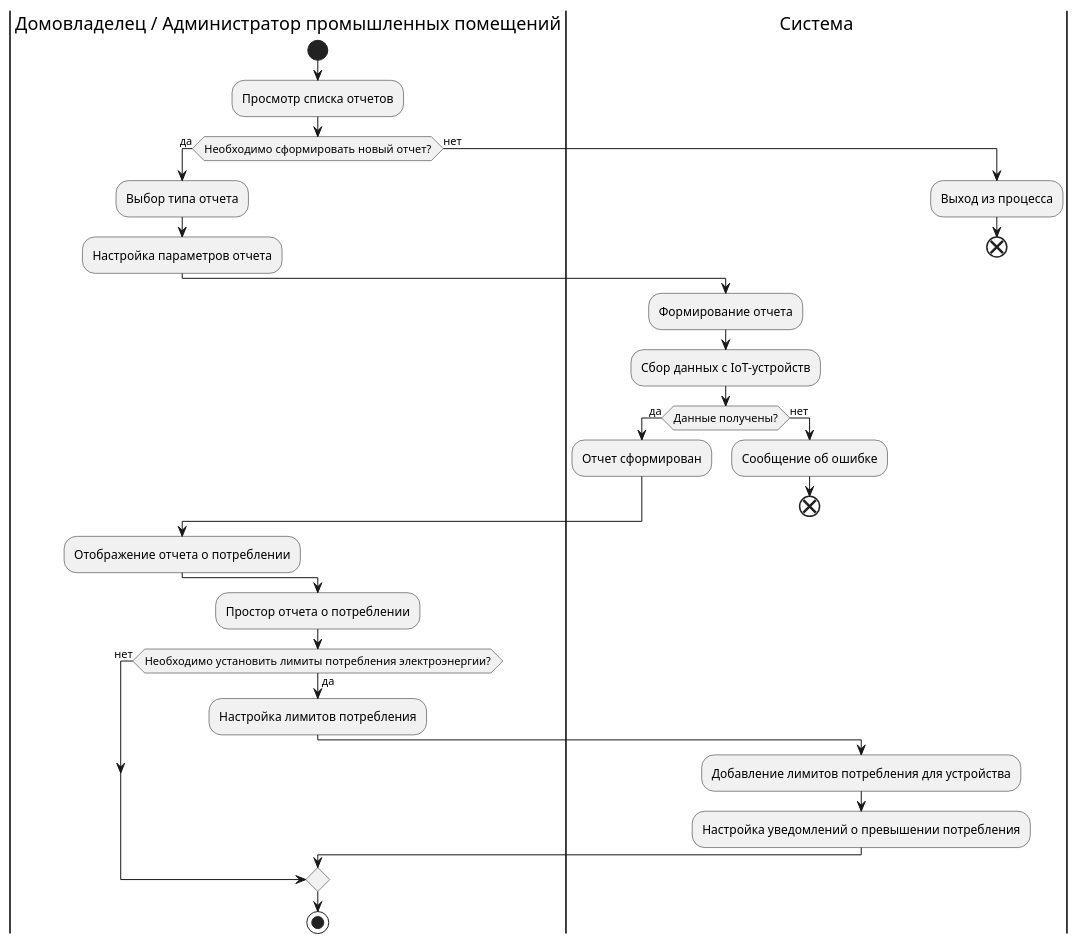
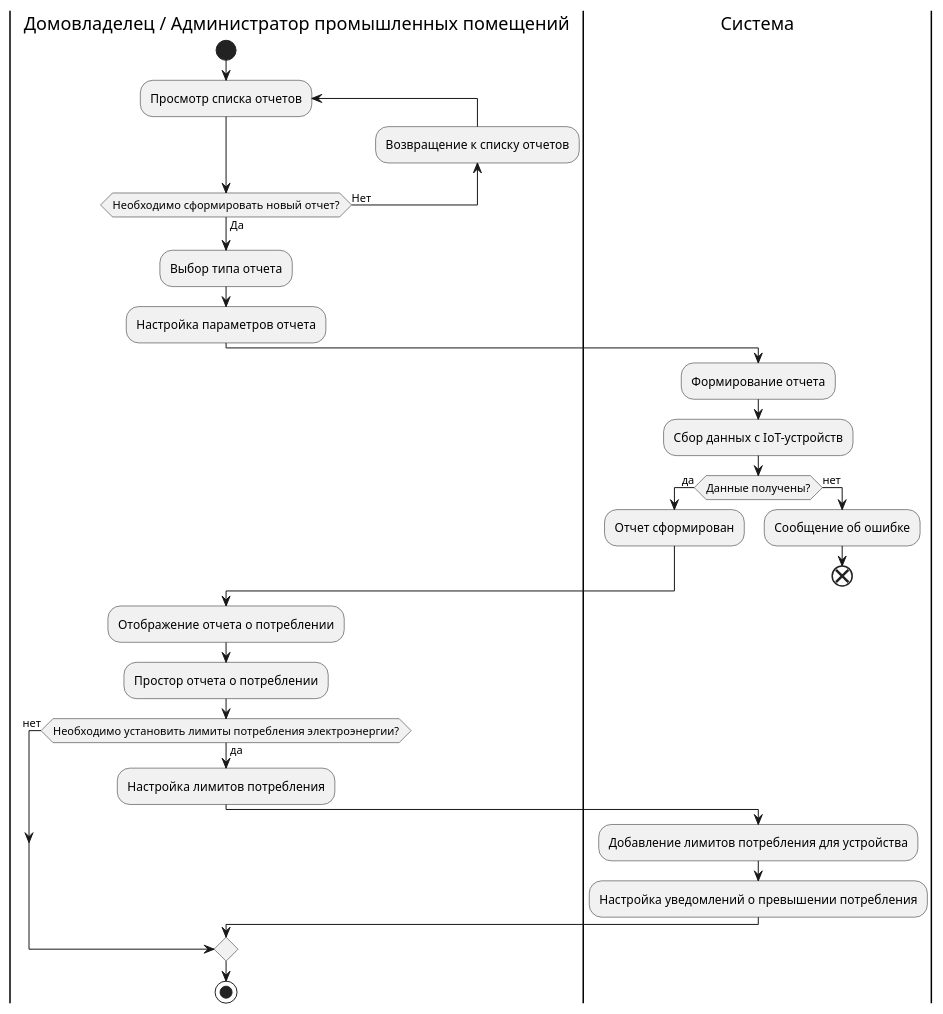
The diagram in 2. Технический проект/activity.puml (I1yaMatveev/SoftwareDevelopmentTechnology), drawn with PlantUML before and after one commit. The commit also changed 1 other file, not shown here.

Commit message:
Обновил диаграмму активности

```diff
--- a/2. Технический проект/activity.puml
+++ b/2. Технический проект/activity.puml
@@ -1,35 +1,31 @@
 @startuml Диаграмма активности
 |Домовладелец / Администратор промышленных помещений|
 start
-:Просмотр списка отчетов;
-if (Необходимо сформировать новый отчет?) then (да)
+repeat :Просмотр списка отчетов;
+backward :Возвращение к списку отчетов;
+repeat while (Необходимо сформировать новый отчет?) is (Нет) not (Да)
     :Выбор типа отчета;
     :Настройка параметров отчета;
     |Система|
     :Формирование отчета;
     :Сбор данных с IoT-устройств;
     if (Данные получены?) then (да)
         :Отчет сформирован;
     else (нет)
         :Сообщение об ошибке;
         end
     endif
     |Домовладелец / Администратор промышленных помещений|
     :Отображение отчета о потреблении;
-else (нет)
-    |Система|
-    :Выход из процесса;
-    end  
-endif 
 |Домовладелец / Администратор промышленных помещений|
 :Простор отчета о потреблении;
 if (Необходимо установить лимиты потребления электроэнергии?) then (да)
     :Настройка лимитов потребления;
     |Система|
     :Добавление лимитов потребления для устройства;
     :Настройка уведомлений о превышении потребления;
     |Домовладелец / Администратор промышленных помещений|
 else (нет)  
 endif    
 stop
 @enduml
```
